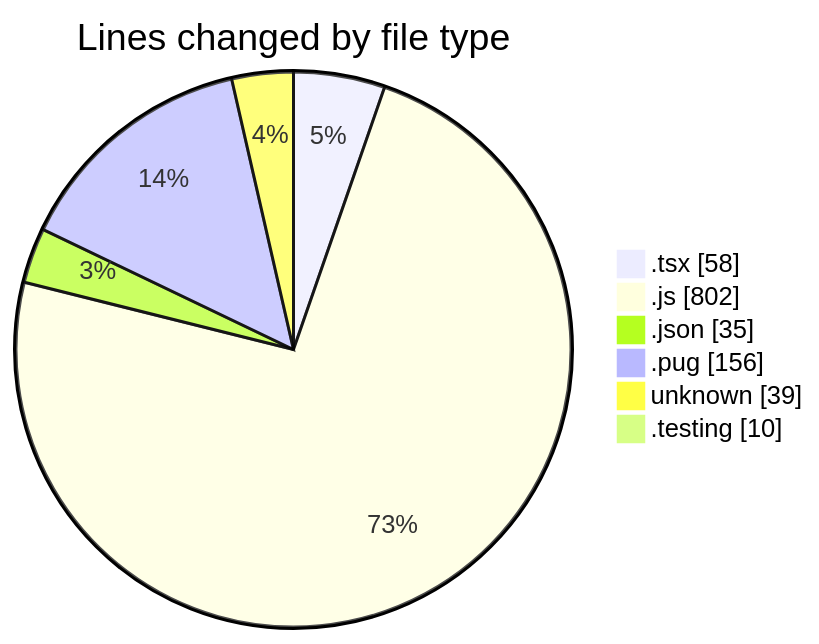
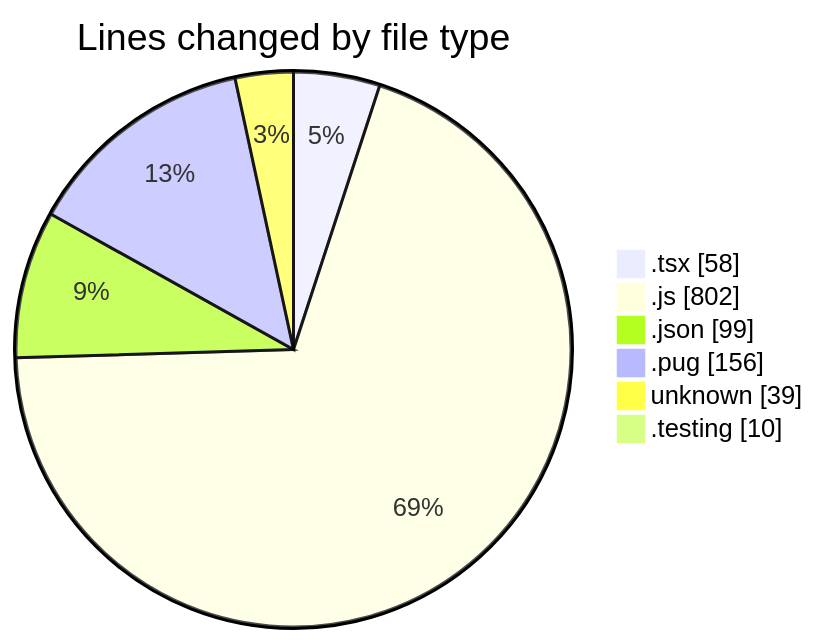
One commit to momahboobian/code-tracking changed the first of 2 diagrams in 2025-03-07/cda/README.md. Above: the diagram before and after it, drawn with Mermaid. The commit also changed other lines of this file and 1 other file, not shown here.

````diff
--- a/2025-03-07/cda/README.md
+++ b/2025-03-07/cda/README.md
@@ -28,10 +29,10 @@
 ```mermaid
 pie showData
 title Lines changed by file type
 ".tsx" : 58
 ".js" : 802
-".json" : 35
+".json" : 99
 ".pug" : 156
 "unknown" : 39
 ".testing" : 10
 ```
````
